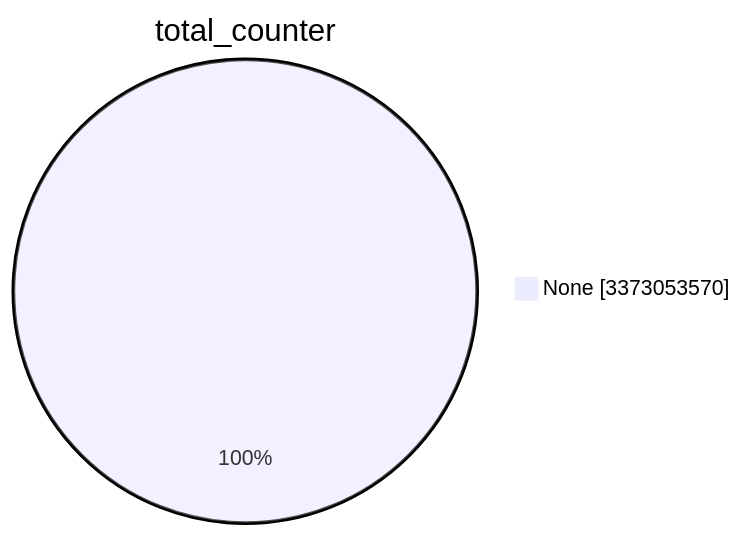
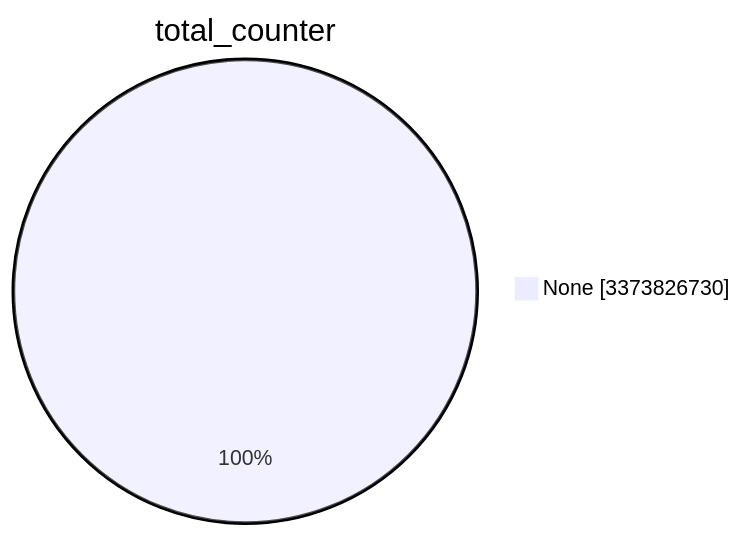
The first of 15 diagrams in TOTAL/README.md (christiankrug/ctmonitor_visualization), drawn with Mermaid before and after one commit. The commit also changed other lines of this file, not shown here.

````diff
--- a/TOTAL/README.md
+++ b/TOTAL/README.md
@@ -1,5 +1,5 @@
 ```mermaid
 pie showData
 title total_counter
-"None" :3373053570
+"None" :3373826730
 ```
````
